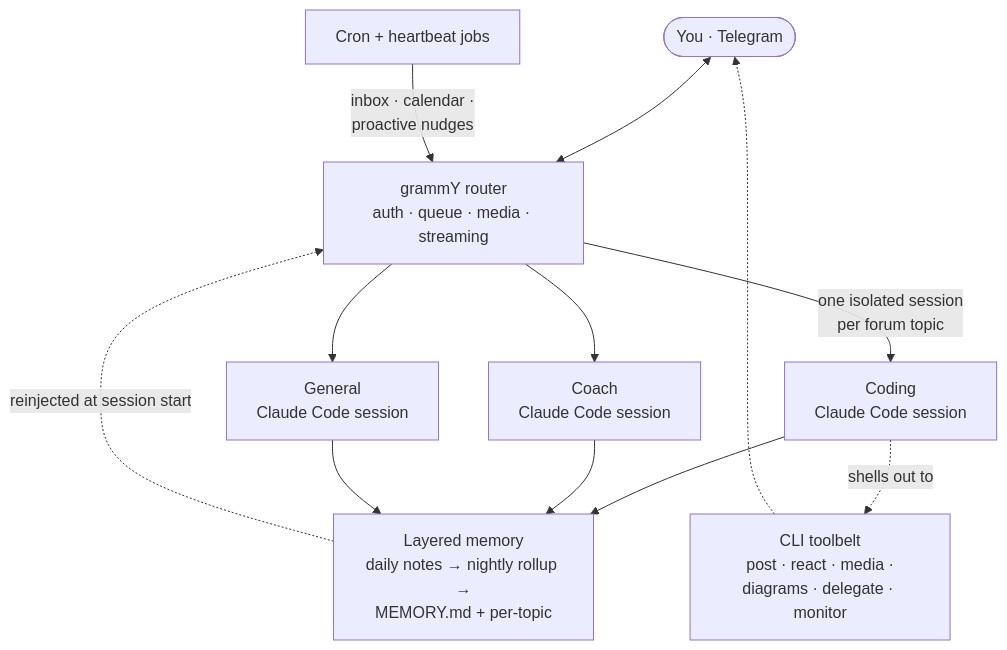
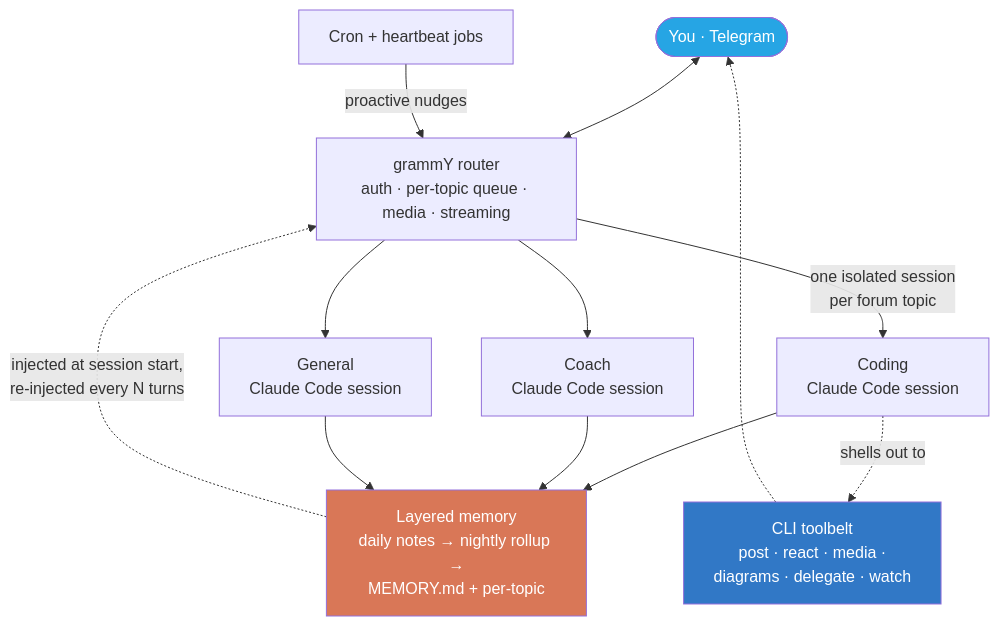
One commit to LuKresXD/claw-skeleton changed the first of 4 diagrams in README.md. Above: the diagram before and after it, drawn with Mermaid. The commit also changed other lines of this file, not shown here.

Commit message:
README: full rewrite — diagrams, complete quick-start, free-vs-Pro comparison, FAQ

````diff
--- a/README.md
+++ b/README.md
@@ -42,18 +56,22 @@
 ```mermaid
 flowchart TD
-    You(["You · Telegram"]) <--> Router["grammY router<br/>auth · queue · media · streaming"]
+    You(["You · Telegram"]) <--> Router["grammY router<br/>auth · per-topic queue · media · streaming"]
 
     Router -->|"one isolated session<br/>per forum topic"| T1["Coding<br/>Claude Code session"]
     Router --> T2["Coach<br/>Claude Code session"]
     Router --> T3["General<br/>Claude Code session"]
 
     T1 --> Mem["Layered memory<br/>daily notes → nightly rollup →<br/>MEMORY.md + per-topic"]
     T2 --> Mem
     T3 --> Mem
-    Mem -.->|"reinjected at session start"| Router
+    Mem -.->|"injected at session start,<br/>re-injected every N turns"| Router
 
-    T1 -.->|"shells out to"| CLI["CLI toolbelt<br/>post · react · media ·<br/>diagrams · delegate · monitor"]
+    T1 -.->|"shells out to"| CLI["CLI toolbelt<br/>post · react · media ·<br/>diagrams · delegate · watch"]
     CLI -.-> You
 
-    Crons["Cron + heartbeat jobs"] -->|"inbox · calendar ·<br/>proactive nudges"| Router
+    Crons["Cron + heartbeat jobs"] -->|"proactive nudges"| Router
+
+    style You fill:#26A5E4,color:#fff
+    style Mem fill:#D97757,color:#fff
+    style CLI fill:#3178C6,color:#fff
 ```
````
